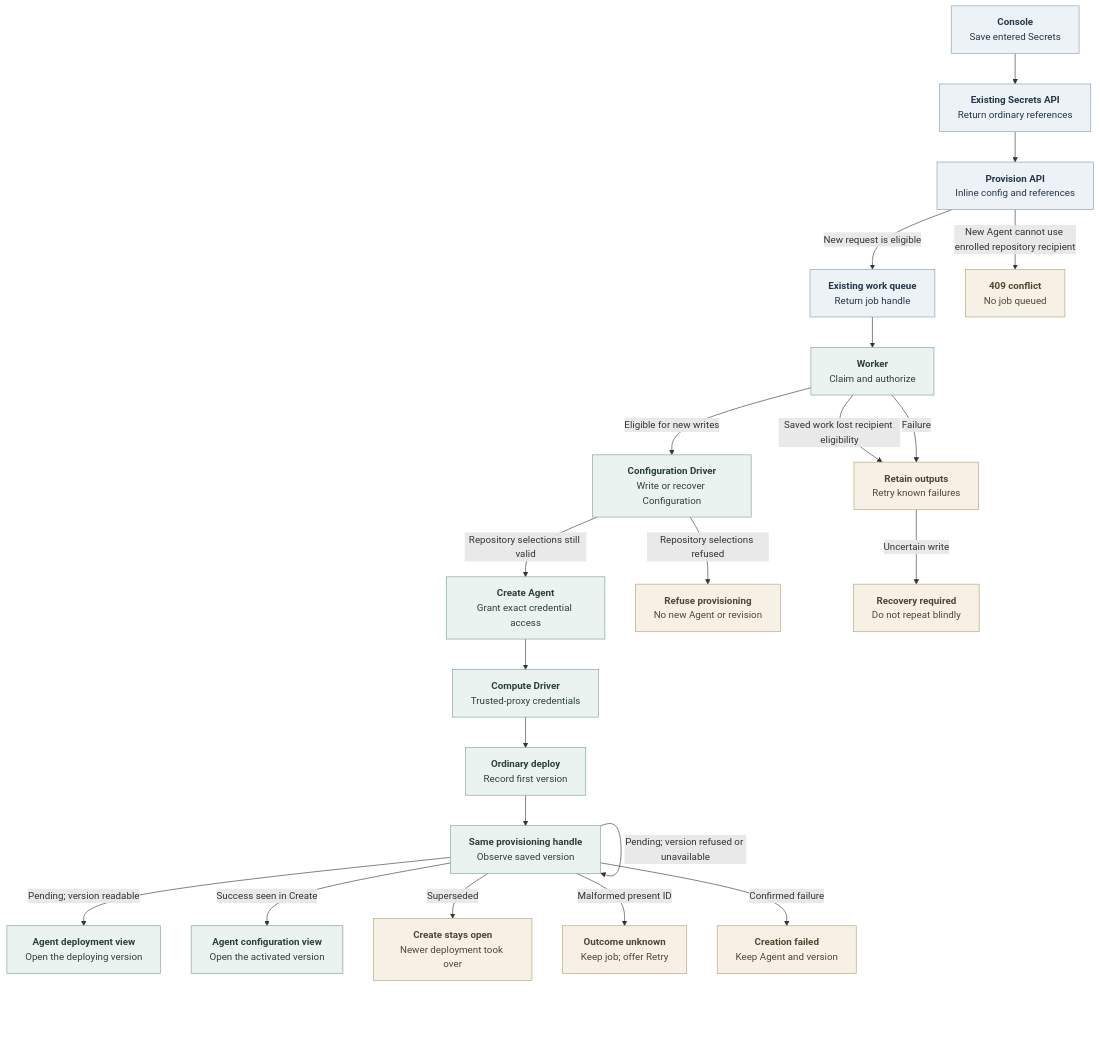
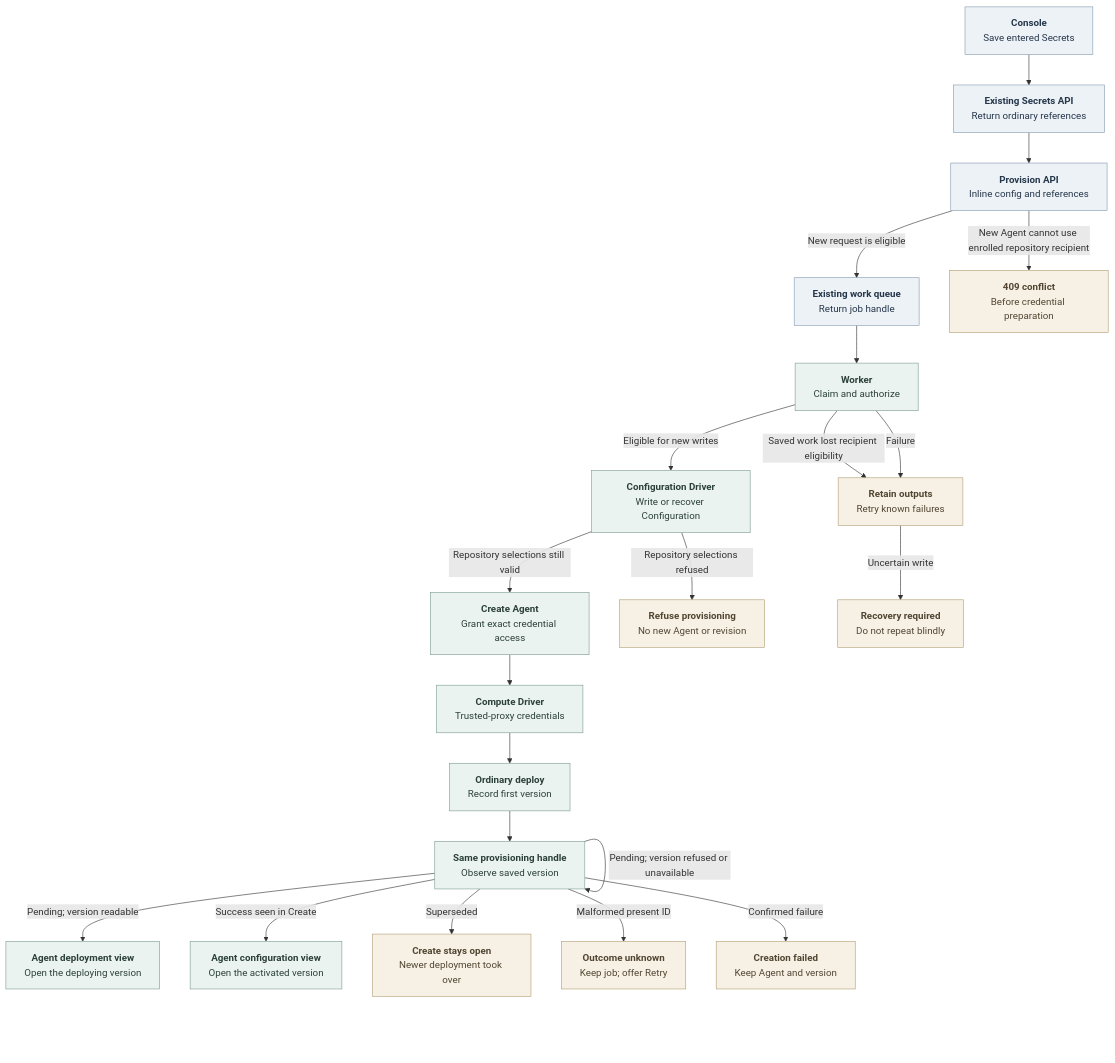
Before and after one commit to openclaw/openclaw-enterprise: the diagram in docs/flows/agent-provisioning.md, drawn with Mermaid. The commit also changed other lines of this file and 4 other files, not shown here.

Commit message:
Check repository enrollment before deployment preparation

````diff
--- a/docs/flows/agent-provisioning.md
+++ b/docs/flows/agent-provisioning.md
@@ -25,30 +25,30 @@
 ```mermaid
 graph TD
   Console["<b>Console</b><br/>Save entered Secrets"] --> Secrets["<b>Existing Secrets API</b><br/>Return ordinary references"]
   Secrets --> API["<b>Provision API</b><br/>Inline config and references"]
   API -->|New request is eligible| Queue["<b>Existing work queue</b><br/>Return job handle"]
-  API -->|New Agent cannot use enrolled repository recipient| NoRecipient["<b>409 conflict</b><br/>No job queued"]
+  API -->|New Agent cannot use enrolled repository recipient| NoRecipient["<b>409 conflict</b><br/>Before credential preparation"]
   Queue --> Claim["<b>Worker</b><br/>Claim and authorize"]
   Claim -->|Eligible for new writes| Config["<b>Configuration Driver</b><br/>Write or recover Configuration"]
   Claim -->|Saved work lost recipient eligibility| Failed
   Config -->|Repository selections still valid| Agent["<b>Create Agent</b><br/>Grant exact credential access"]
   Config -->|Repository selections refused| RepoRefused["<b>Refuse provisioning</b><br/>No new Agent or revision"]
   Agent --> Transport["<b>Compute Driver</b><br/>Trusted-proxy credentials"]
   Transport --> Deploy["<b>Ordinary deploy</b><br/>Record first version"]
   Deploy --> Observe["<b>Same provisioning handle</b><br/>Observe saved version"]
   Observe -->|Pending; version readable| UI["<b>Agent deployment view</b><br/>Open the deploying version"]
   Observe -->|Pending; version refused or unavailable| Observe
   Observe -->|Success seen in Create| Settings["<b>Agent configuration view</b><br/>Open the activated version"]
   Observe -->|Superseded| Superseded["<b>Create stays open</b><br/>Newer deployment took over"]
   Observe -->|Malformed present ID| Unknown["<b>Outcome unknown</b><br/>Keep job; offer Retry"]
   Observe -->|Confirmed failure| Terminal["<b>Creation failed</b><br/>Keep Agent and version"]
   Claim -->|Failure| Failed["<b>Retain outputs</b><br/>Retry known failures"]
   Failed -->|Uncertain write| Recovery["<b>Recovery required</b><br/>Do not repeat blindly"]
 
   classDef state fill:#EDF2F7,stroke:#879AB0,color:#25364A,stroke-width:1px
   classDef operation fill:#EBF3F0,stroke:#7F9D93,color:#2B4038,stroke-width:1px
   classDef condition fill:#F7F1E5,stroke:#B3A078,color:#514532,stroke-width:1px
   class Console,Secrets,API,Queue state
   class Claim,Config,Agent,Transport,Deploy,Observe,UI,Settings operation
   class Failed,Recovery,Terminal,Superseded,RepoRefused,Unknown,NoRecipient condition
 ```
````
